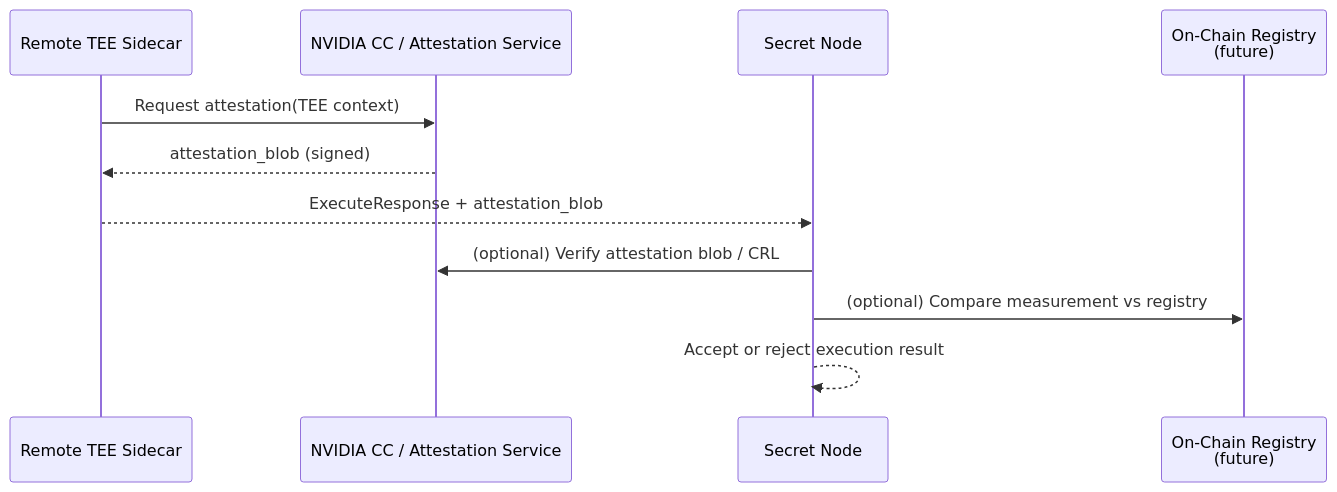
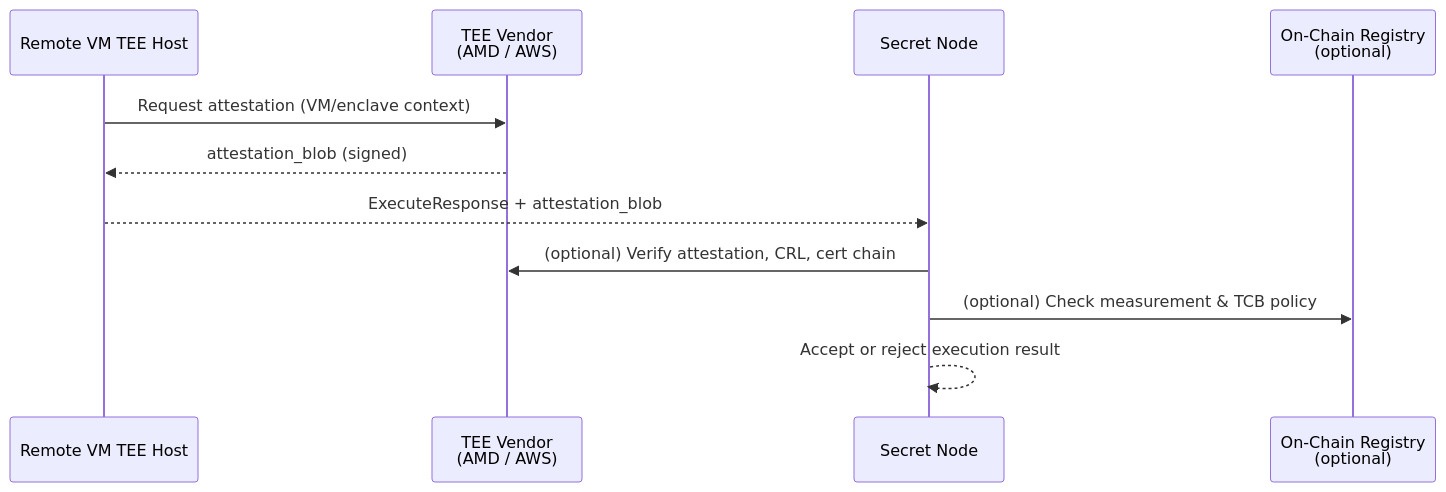
One commit to Shutaru/Secret-Node-TEE-Agnostic changed the second of 2 diagrams in ARCHITECTURE.md. Above: the diagram before and after it, drawn with Mermaid. The commit also changed other lines of this file, not shown here.

First line of the commit message:
Revise architecture document for TEE-agnostic design

````diff
--- a/ARCHITECTURE.md
+++ b/ARCHITECTURE.md
@@ -166,14 +178,14 @@
 ```mermaid
 sequenceDiagram
-    participant Sidecar as Remote TEE Sidecar
-    participant Vendor as NVIDIA CC / Attestation Service
+    participant Host as Remote VM TEE Host
+    participant Vendor as TEE Vendor<br/>(AMD / AWS)
     participant Node as Secret Node
-    participant Chain as On-Chain Registry<br/>(future)
+    participant Registry as On-Chain Registry<br/>(optional)
 
-    Sidecar->>Vendor: Request attestation(TEE context)
-    Vendor-->>Sidecar: attestation_blob (signed)
-    Sidecar-->>Node: ExecuteResponse + attestation_blob
-    Node->>Vendor: (optional) Verify attestation blob / CRL
-    Node->>Chain: (optional) Compare measurement vs registry
+    Host->>Vendor: Request attestation (VM/enclave context)
+    Vendor-->>Host: attestation_blob (signed)
+    Host-->>Node: ExecuteResponse + attestation_blob
+    Node->>Vendor: (optional) Verify attestation, CRL, cert chain
+    Node->>Registry: (optional) Check measurement & TCB policy
     Node-->>Node: Accept or reject execution result
 ```
````
